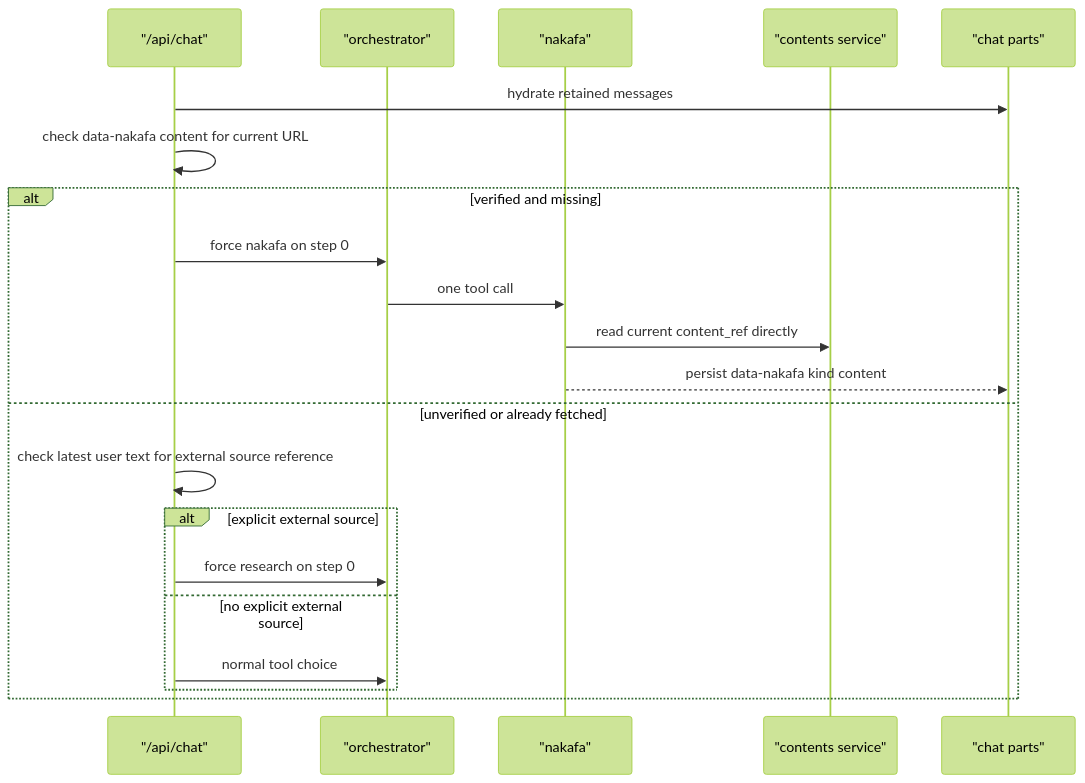
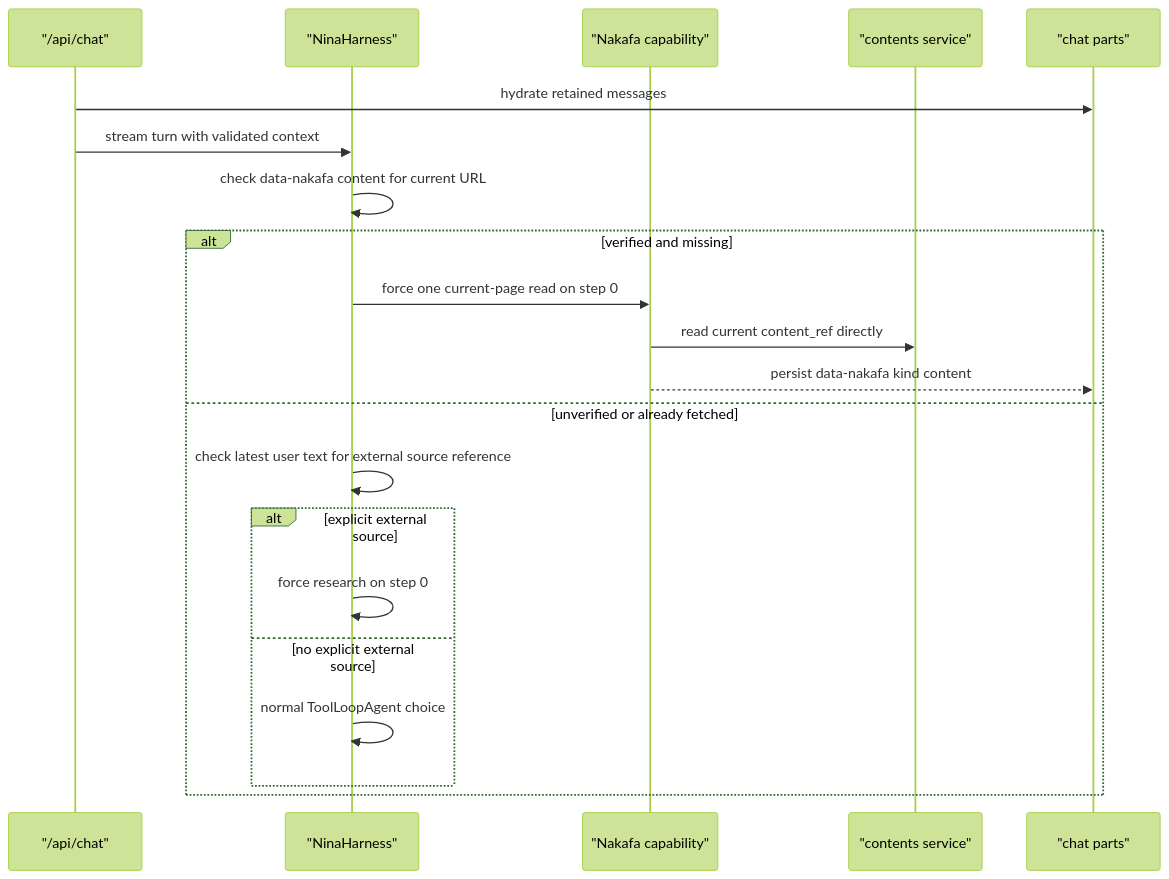
One commit to nakafaai/nakafa.com changed the second of 3 diagrams in packages/ai/agents/docs/architecture.md. Above: the diagram before and after it, drawn with Mermaid (forest theme). The commit also changed other lines of this file and 190 other files, not shown here.

Commit message:
Learning engagement context and Nina harness (#187)

````diff
--- a/packages/ai/agents/docs/architecture.md
+++ b/packages/ai/agents/docs/architecture.md
@@ -48,24 +51,24 @@
 ```mermaid
 sequenceDiagram
   participant Route as "/api/chat"
-  participant Main as "orchestrator"
-  participant Tool as "nakafa"
+  participant Harness as "NinaHarness"
+  participant Nakafa as "Nakafa capability"
   participant Content as "contents service"
   participant Convex as "chat parts"
 
   Route->>Convex: hydrate retained messages
-  Route->>Route: check data-nakafa content for current URL
+  Route->>Harness: stream turn with validated context
+  Harness->>Harness: check data-nakafa content for current URL
   alt verified and missing
-    Route->>Main: force nakafa on step 0
-    Main->>Tool: one tool call
-    Tool->>Content: read current content_ref directly
-    Tool-->>Convex: persist data-nakafa kind content
+    Harness->>Nakafa: force one current-page read on step 0
+    Nakafa->>Content: read current content_ref directly
+    Nakafa-->>Convex: persist data-nakafa kind content
   else unverified or already fetched
-    Route->>Route: check latest user text for external source reference
+    Harness->>Harness: check latest user text for external source reference
     alt explicit external source
-      Route->>Main: force research on step 0
+      Harness->>Harness: force research on step 0
     else no explicit external source
-      Route->>Main: normal tool choice
+      Harness->>Harness: normal ToolLoopAgent choice
     end
   end
 ```
````
